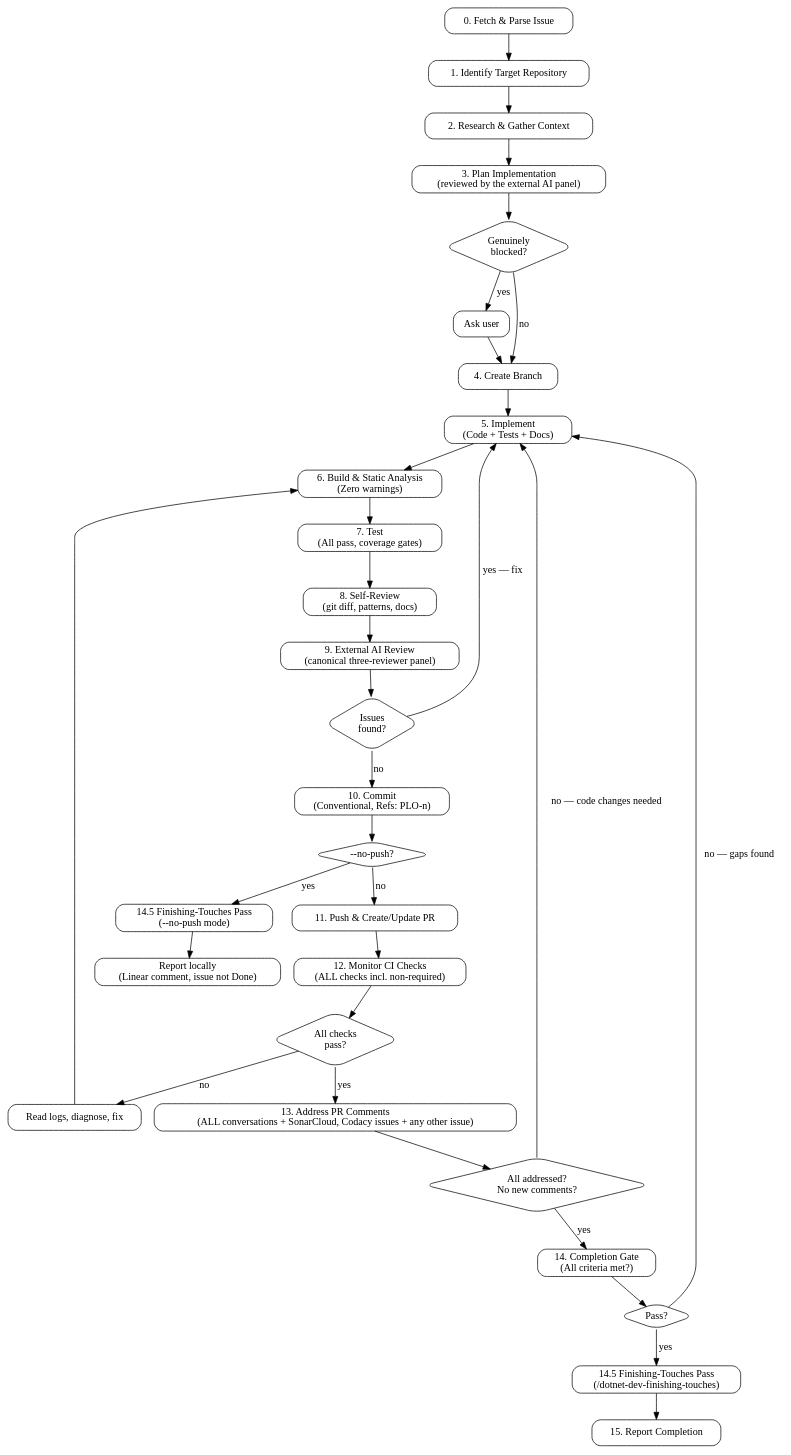
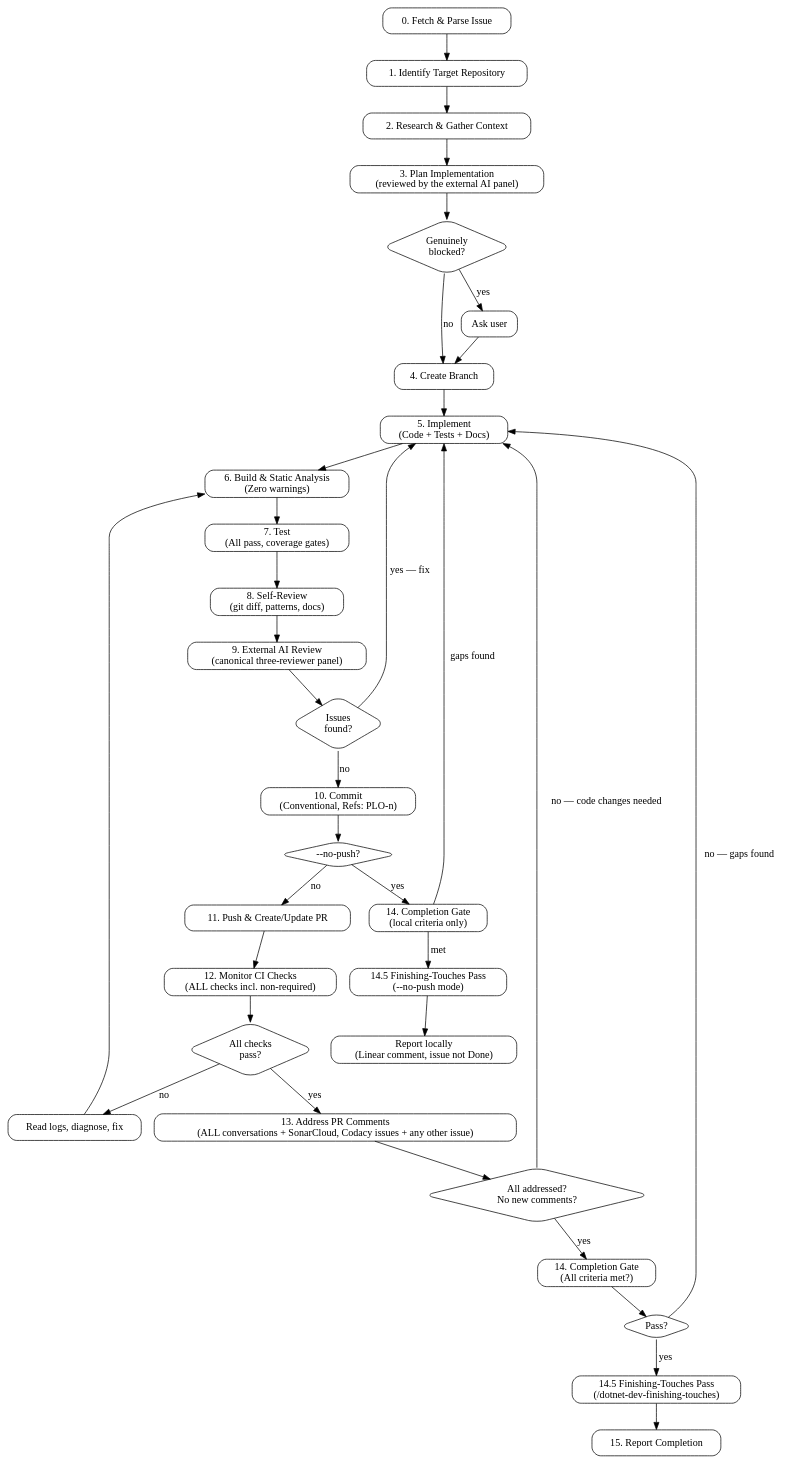
The diagram in .claude/skills/implement-issue/SKILL.md (mrploch/ploch-commandline), drawn with Graphviz before and after one commit. The commit also changed other lines of this file and 6 other files, not shown here.

````diff
--- a/.claude/skills/implement-issue/SKILL.md
+++ b/.claude/skills/implement-issue/SKILL.md
@@ -64,57 +64,60 @@
 ```dot
 digraph implement_issue {
     rankdir=TB;
     node [shape=box, style="rounded"];
 
     fetch [label="0. Fetch & Parse Issue"];
     repo [label="1. Identify Target Repository"];
     research [label="2. Research & Gather Context"];
     plan [label="3. Plan Implementation\n(reviewed by the external AI panel)"];
     blocked [shape=diamond, label="Genuinely\nblocked?"];
     ask [label="Ask user"];
     branch [label="4. Create Branch"];
     implement [label="5. Implement\n(Code + Tests + Docs)"];
     build [label="6. Build & Static Analysis\n(Zero warnings)"];
     test [label="7. Test\n(All pass, coverage gates)"];
     review [label="8. Self-Review\n(git diff, patterns, docs)"];
     codex [label="9. External AI Review\n(canonical three-reviewer panel)"];
     issues [shape=diamond, label="Issues\nfound?"];
     commit [label="10. Commit\n(Conventional, Refs: PLO-n)"];
     push_check [shape=diamond, label="--no-push?"];
     push [label="11. Push & Create/Update PR"];
     monitor [label="12. Monitor CI Checks\n(ALL checks incl. non-required)"];
     ci_ok [shape=diamond, label="All checks\npass?"];
     fix_ci [label="Read logs, diagnose, fix"];
     comments [label="13. Address PR Comments\n(ALL conversations + SonarCloud, Codacy issues + any other issue)"];
     comments_ok [shape=diamond, label="All addressed?\nNo new comments?"];
     gate [label="14. Completion Gate\n(All criteria met?)"];
     gate_ok [shape=diamond, label="Pass?"];
     finishing [label="14.5 Finishing-Touches Pass\n(/dotnet-dev-finishing-touches)"];
     report [label="15. Report Completion"];
+    gate_local [label="14. Completion Gate\n(local criteria only)"];
     finishing_local [label="14.5 Finishing-Touches Pass\n(--no-push mode)"];
     skip_push [label="Report locally\n(Linear comment, issue not Done)"];
 
     fetch -> repo -> research -> plan -> blocked;
     blocked -> ask [label="yes"];
     blocked -> branch [label="no"];
     ask -> branch;
     branch -> implement -> build -> test -> review -> codex -> issues;
     issues -> implement [label="yes — fix"];
     issues -> commit [label="no"];
     commit -> push_check;
     push_check -> push [label="no"];
-    push_check -> finishing_local [label="yes"];
+    push_check -> gate_local [label="yes"];
+    gate_local -> finishing_local [label="met"];
+    gate_local -> implement [label="gaps found"];
     finishing_local -> skip_push;
     push -> monitor -> ci_ok;
     ci_ok -> comments [label="yes"];
     ci_ok -> fix_ci [label="no"];
     fix_ci -> build;
     comments -> comments_ok;
     comments_ok -> gate [label="yes"];
     comments_ok -> implement [label="no — code changes needed"];
     gate -> gate_ok;
     gate_ok -> finishing [label="yes"];
     gate_ok -> implement [label="no — gaps found"];
     finishing -> report;
 }
 ```
````
